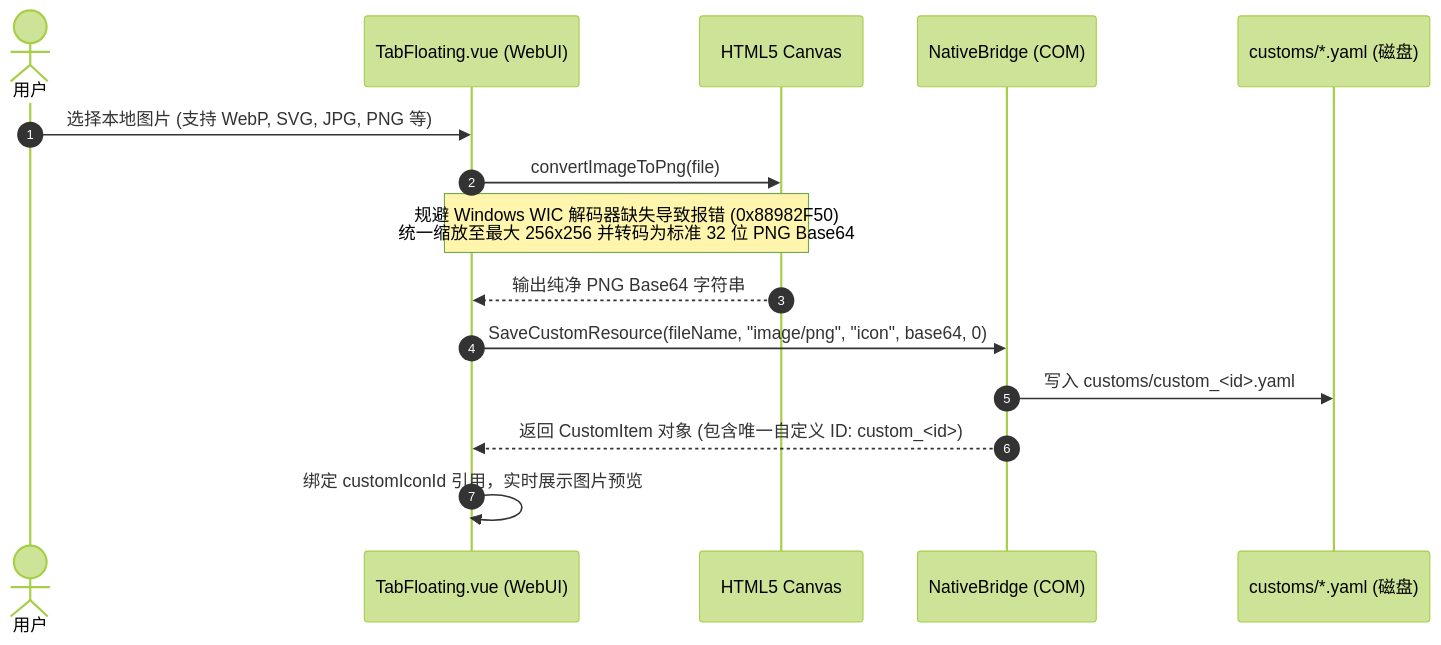
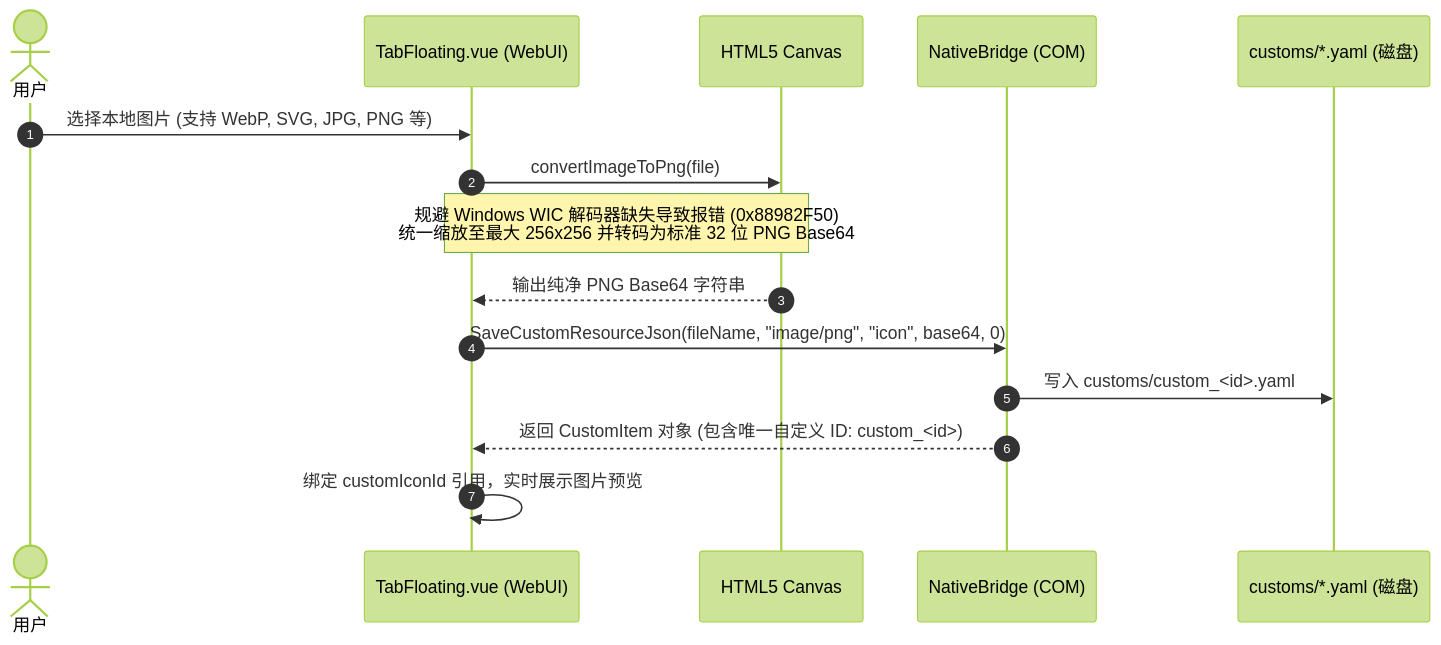
One commit to Yun-Hydrogen/blue-random changed the fifth of 5 diagrams in docs/ipc.md. Above: the diagram before and after it, drawn with Mermaid (forest theme). The commit also changed other lines of this file and 31 other files, not shown here.

````diff
--- a/docs/ipc.md
+++ b/docs/ipc.md
@@ -488,18 +488,18 @@
 ```mermaid
 sequenceDiagram
     autonumber
     actor User as 用户
     participant Web as TabFloating.vue (WebUI)
     participant Canvas as HTML5 Canvas
     participant Bridge as NativeBridge (COM)
     participant Customs as customs/*.yaml (磁盘)
 
     User->>Web: 选择本地图片 (支持 WebP, SVG, JPG, PNG 等)
     Web->>Canvas: convertImageToPng(file)
     Note over Web,Canvas: 规避 Windows WIC 解码器缺失导致报错 (0x88982F50)<br/>统一缩放至最大 256x256 并转码为标准 32 位 PNG Base64
     Canvas-->>Web: 输出纯净 PNG Base64 字符串
-    Web->>Bridge: SaveCustomResource(fileName, "image/png", "icon", base64, 0)
+    Web->>Bridge: SaveCustomResourceJson(fileName, "image/png", "icon", base64, 0)
     Bridge->>Customs: 写入 customs/custom_<id>.yaml
     Bridge-->>Web: 返回 CustomItem 对象 (包含唯一自定义 ID: custom_<id>)
     Web->>Web: 绑定 customIconId 引用，实时展示图片预览
 ```
````
